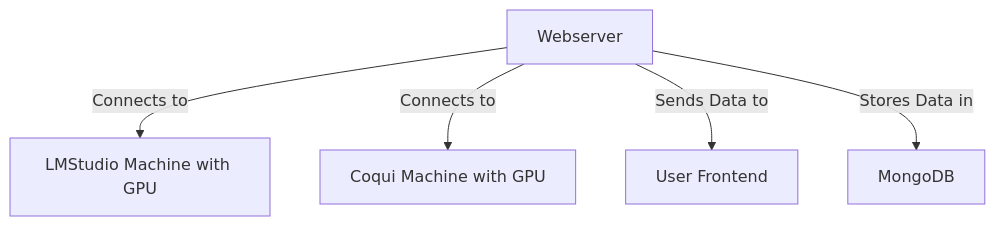
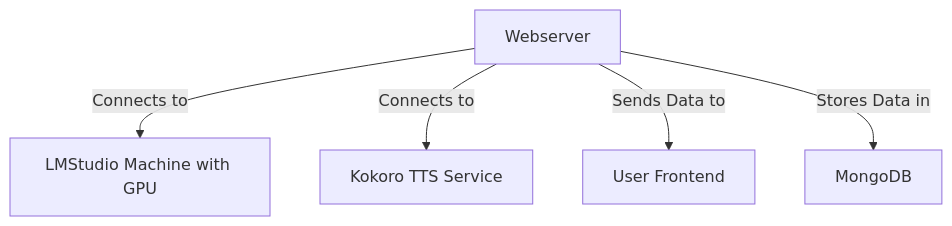
The diagram in README.md (HarleyVader/js-bambisleep-chat), drawn with Mermaid before and after one commit. The commit also changed other lines of this file and 4 other files, not shown here.

````diff
--- a/README.md
+++ b/README.md
@@ -282,7 +169,7 @@
 ```mermaid
 graph TD
     A[Webserver] -->|Connects to| B[LMStudio Machine with GPU]
-    A -->|Connects to| C[Coqui Machine with GPU]
+    A -->|Connects to| C[Kokoro TTS Service]
     A -->|Sends Data to| D[User Frontend]
     A -->|Stores Data in| E[MongoDB]
 ```
````
